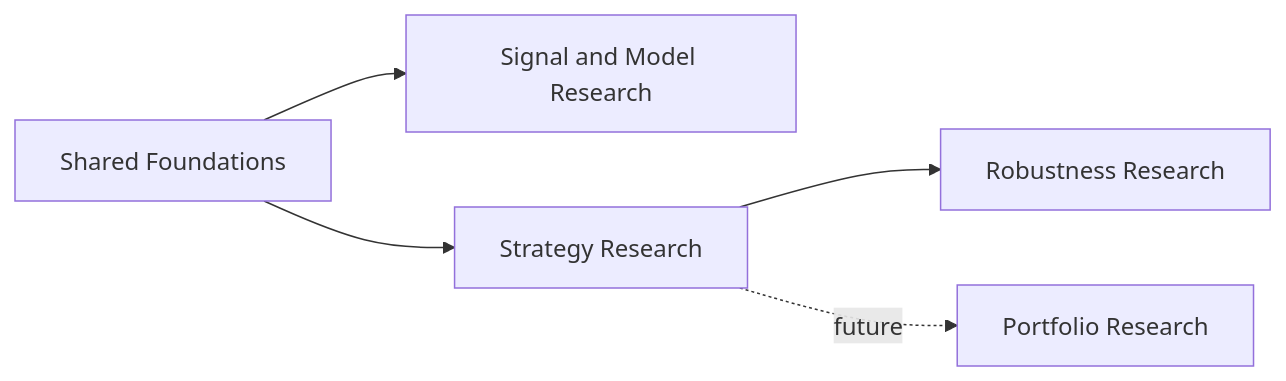
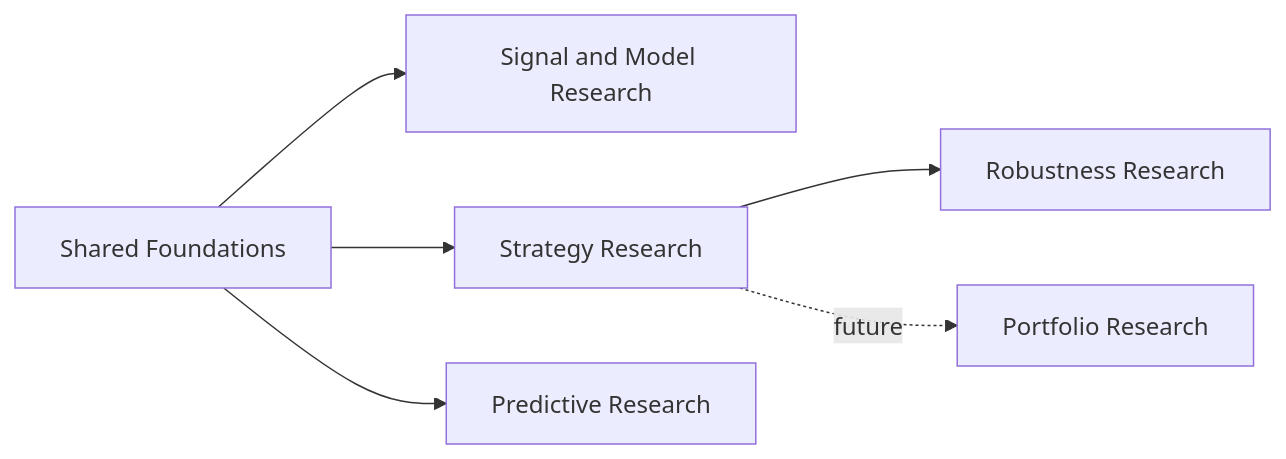
Before and after one commit to folg-code/research-trading-framework: the diagram in docs/reference/RESEARCH_METHODOLOGIES.md, drawn with Mermaid. The commit also changed other lines of this file and 40 other files, not shown here.

First line of the commit message:
Integrate Sprint 039: Predictive Research dataset foundation (#309)

````diff
--- a/docs/reference/RESEARCH_METHODOLOGIES.md
+++ b/docs/reference/RESEARCH_METHODOLOGIES.md
@@ -11,13 +11,15 @@
 ```mermaid
 flowchart LR
     FOUNDATIONS[Shared Foundations]
     SIGNAL[Signal and Model Research]
     STRATEGY[Strategy Research]
     ROBUSTNESS[Robustness Research]
+    PREDICTIVE[Predictive Research]
     PORTFOLIO[Portfolio Research]
 
     FOUNDATIONS --> SIGNAL
     FOUNDATIONS --> STRATEGY
+    FOUNDATIONS --> PREDICTIVE
     STRATEGY --> ROBUSTNESS
     STRATEGY -. future .-> PORTFOLIO
 ```
````
